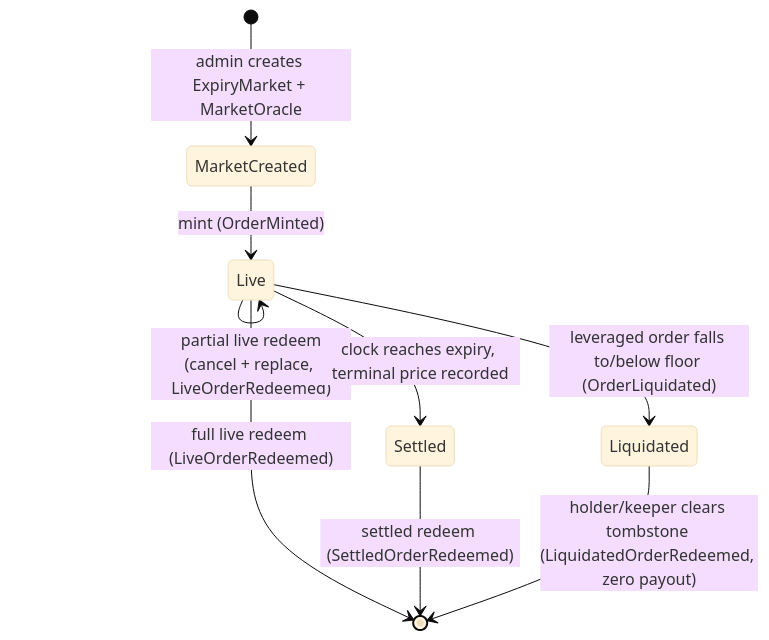
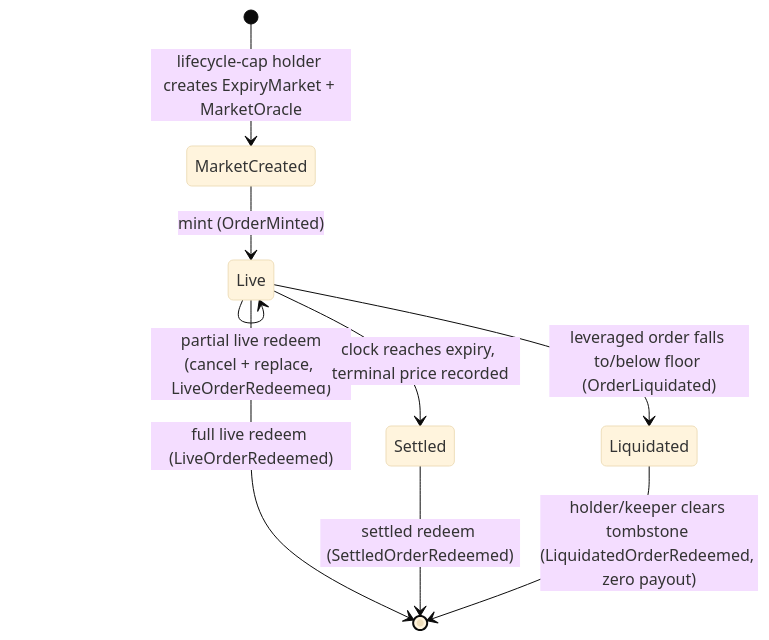
One commit to MystenLabs/deepbookv3 changed the diagram in packages/predict/docs/overview.md. Above: the diagram before and after it, drawn with Mermaid (base theme). The commit also changed other lines of this file and 27 other files, not shown here.

````diff
--- a/packages/predict/docs/overview.md
+++ b/packages/predict/docs/overview.md
@@ -38,11 +38,11 @@
 ```mermaid
 stateDiagram-v2
-  [*] --> MarketCreated: admin creates ExpiryMarket + MarketOracle
+  [*] --> MarketCreated: lifecycle-cap holder creates ExpiryMarket + MarketOracle
   MarketCreated --> Live: mint (OrderMinted)
   Live --> Live: partial live redeem<br/>(cancel + replace, LiveOrderRedeemed)
   Live --> [*]: full live redeem (LiveOrderRedeemed)
   Live --> Liquidated: leveraged order falls to/below floor (OrderLiquidated)
   Live --> Settled: clock reaches expiry, terminal price recorded
   Settled --> [*]: settled redeem (SettledOrderRedeemed)
   Liquidated --> [*]: holder/keeper clears tombstone (LiquidatedOrderRedeemed, zero payout)
 ```
````
